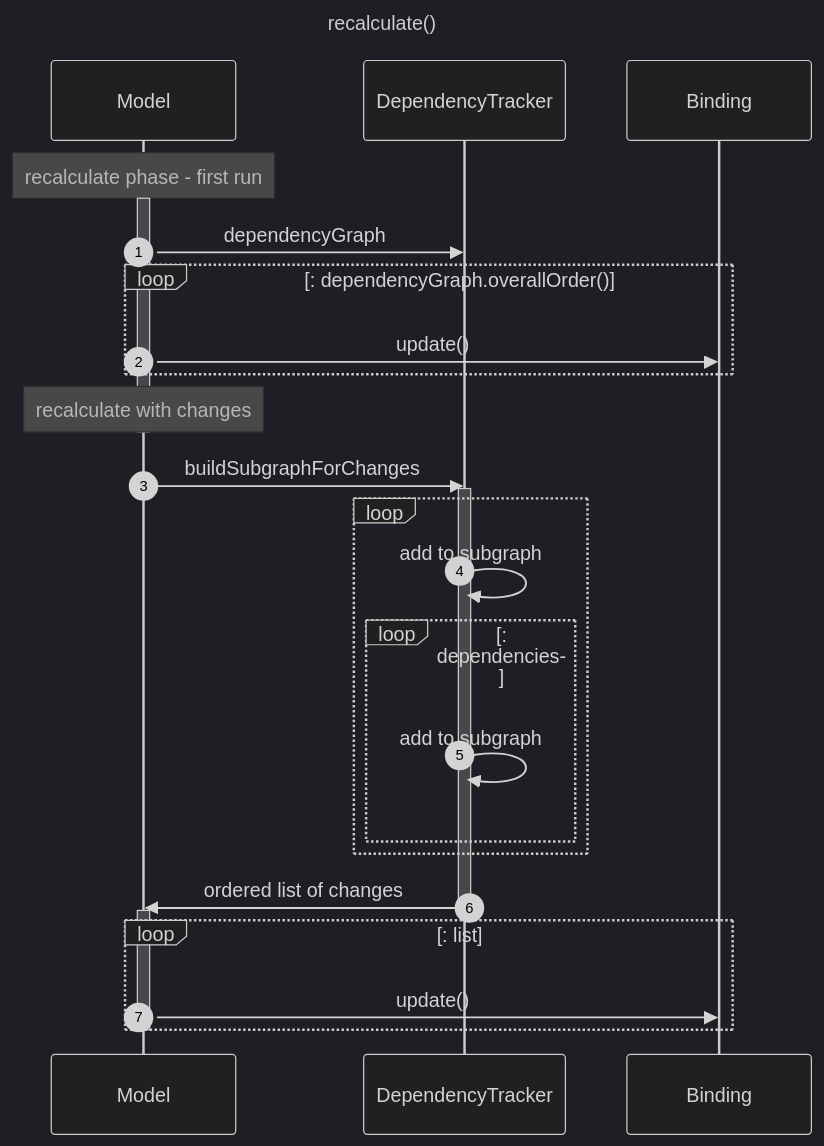
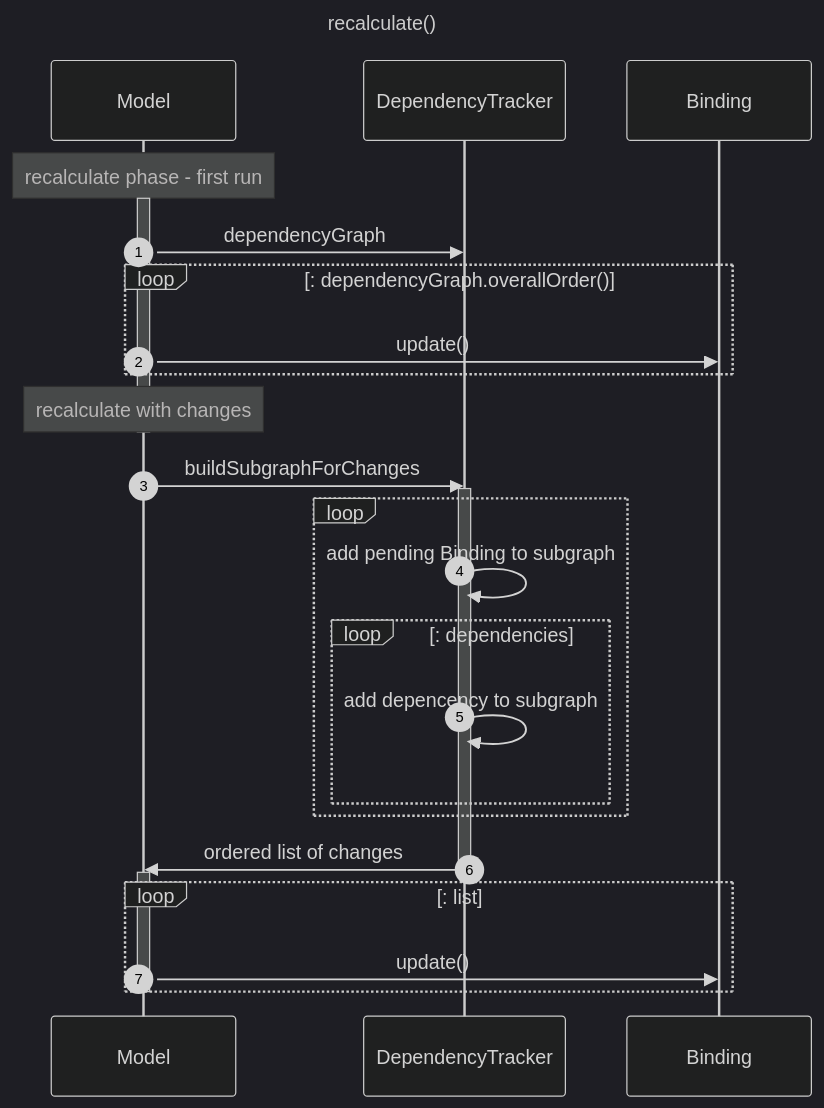
The second of 2 diagrams in content/architecture/lifecycle/_index.md (Jinntec/fore-docs), drawn with Mermaid (dark theme) before and after one commit. The commit also changed other lines of this file, not shown here.

```diff
--- a/content/architecture/lifecycle/_index.md
+++ b/content/architecture/lifecycle/_index.md
@@ -82,48 +76,48 @@
 {{<mermaid align="left">}}
 sequenceDiagram
 
 title: recalculate()
 autonumber
 participant Model
 participant DependencyTracker
 
     participant Binding
 
     
         Note over Model: recalculate phase - first run
         
         
         activate Model
             Model->>DependencyTracker: dependencyGraph
             loop: dependencyGraph.overallOrder()
                 Model->>Binding: update()
             end
         
 
 
         Note over Model: recalculate with changes
         deactivate Model
         Model->>DependencyTracker: buildSubgraphForChanges
 
         activate DependencyTracker
         loop
-            DependencyTracker->>DependencyTracker: add to subgraph
+            DependencyTracker->>DependencyTracker: add pending Binding to subgraph
 
             loop: dependencies
-                DependencyTracker->>DependencyTracker: add to subgraph
+                DependencyTracker->>DependencyTracker: add depencency to subgraph
             end
         end
 
         DependencyTracker->>Model: ordered list of changes
         deactivate DependencyTracker
 
         activate Model
 
         loop: list
             Model->>Binding: update()
         end
         deactivate Model
 
 
 
 {{< /mermaid >}}
```
